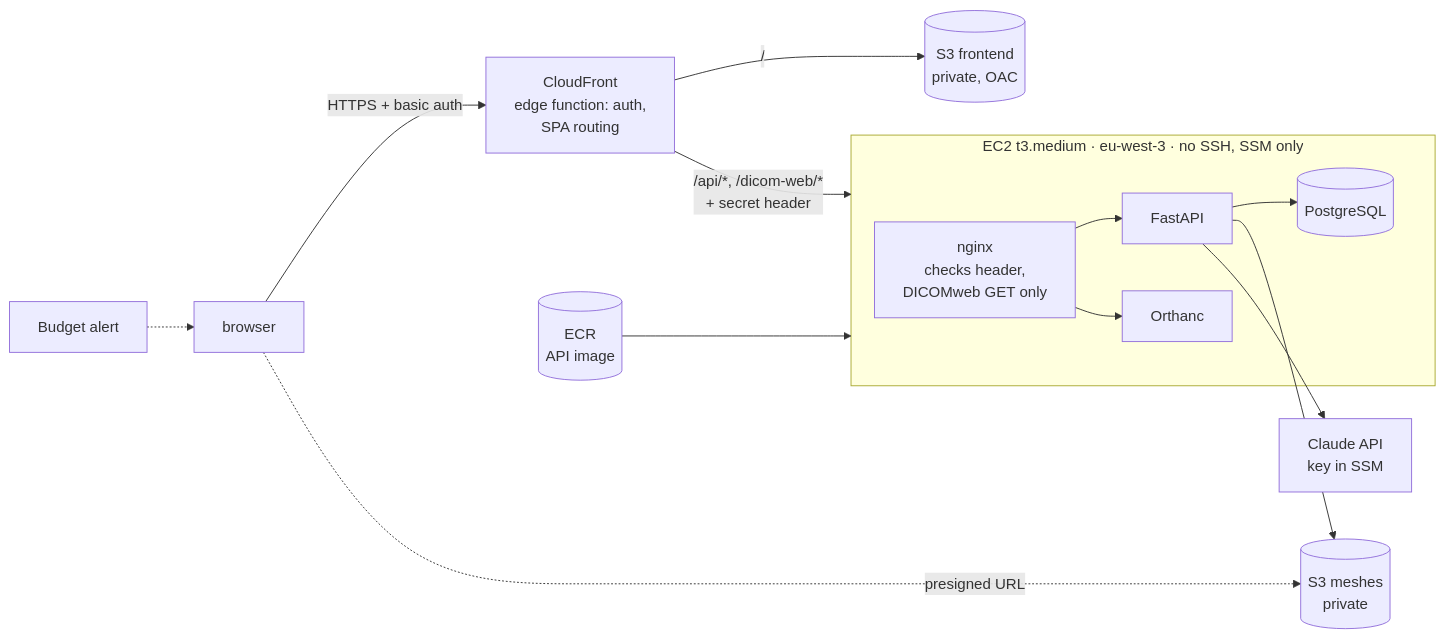
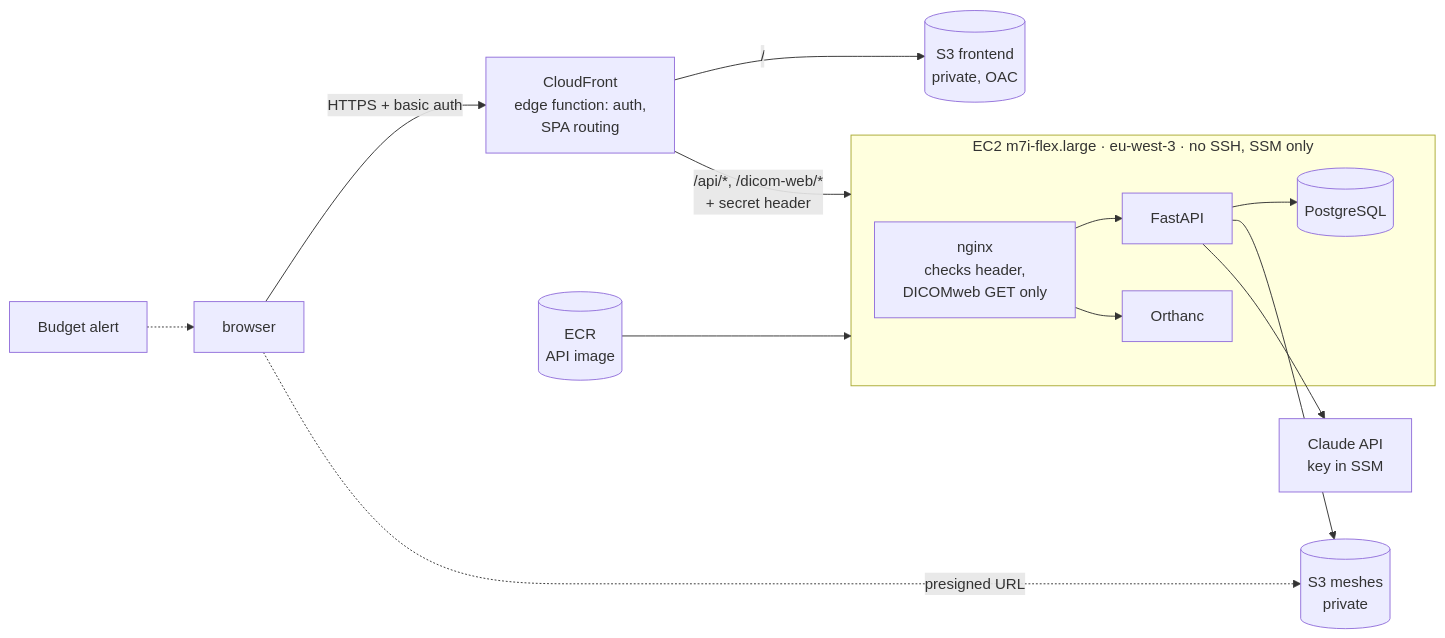
The second of 2 diagrams in docs/architecture/08-evaluation-deploy.md (ZeeetOne/CochleaHub), drawn with Mermaid before and after one commit. The commit also changed other lines of this file and 3 other files, not shown here.

````diff
--- a/docs/architecture/08-evaluation-deploy.md
+++ b/docs/architecture/08-evaluation-deploy.md
@@ -56,16 +56,16 @@
 ```mermaid
 flowchart LR
     U["browser"] -->|HTTPS + basic auth| CF["CloudFront<br/>edge function: auth,<br/>SPA routing"]
     CF -->|"/"| S3F[("S3 frontend<br/>private, OAC")]
     CF -->|"/api/*, /dicom-web/*<br/>+ secret header"| EC2
-    subgraph EC2["EC2 t3.medium · eu-west-3 · no SSH, SSM only"]
+    subgraph EC2["EC2 m7i-flex.large · eu-west-3 · no SSH, SSM only"]
         NG["nginx<br/>checks header,<br/>DICOMweb GET only"] --> API["FastAPI"]
         NG --> OR["Orthanc"]
         API --> PG[("PostgreSQL")]
     end
     API --> S3M[("S3 meshes<br/>private")]
     U -. "presigned URL" .-> S3M
     API --> CL["Claude API<br/>key in SSM"]
     ECR[("ECR<br/>API image")] --> EC2
     BUD["Budget alert"] -.-> U
 ```
````
